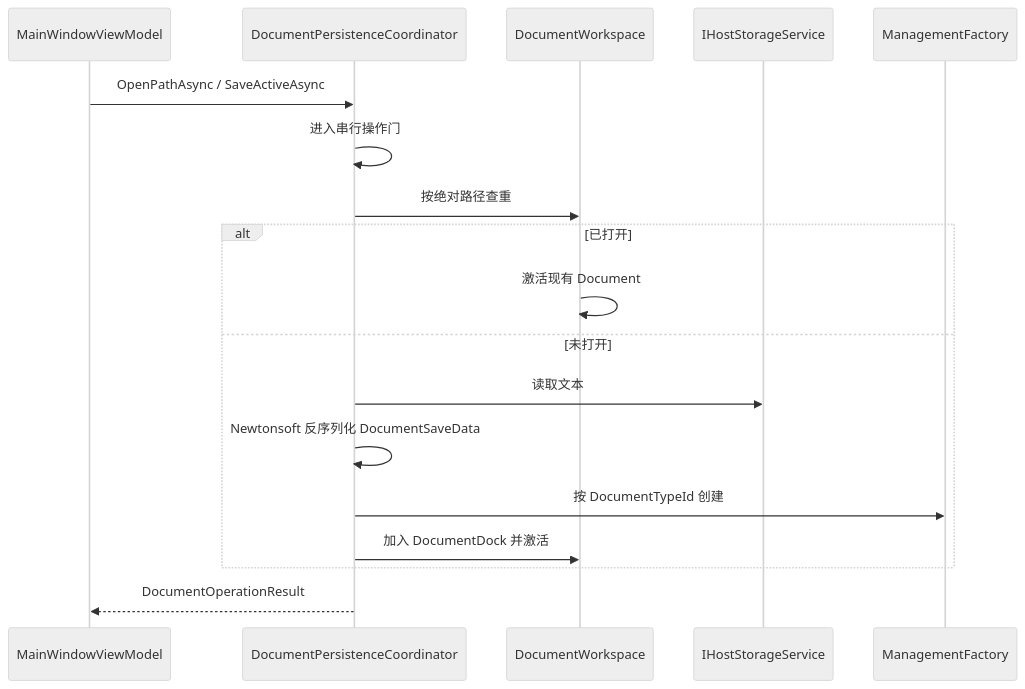
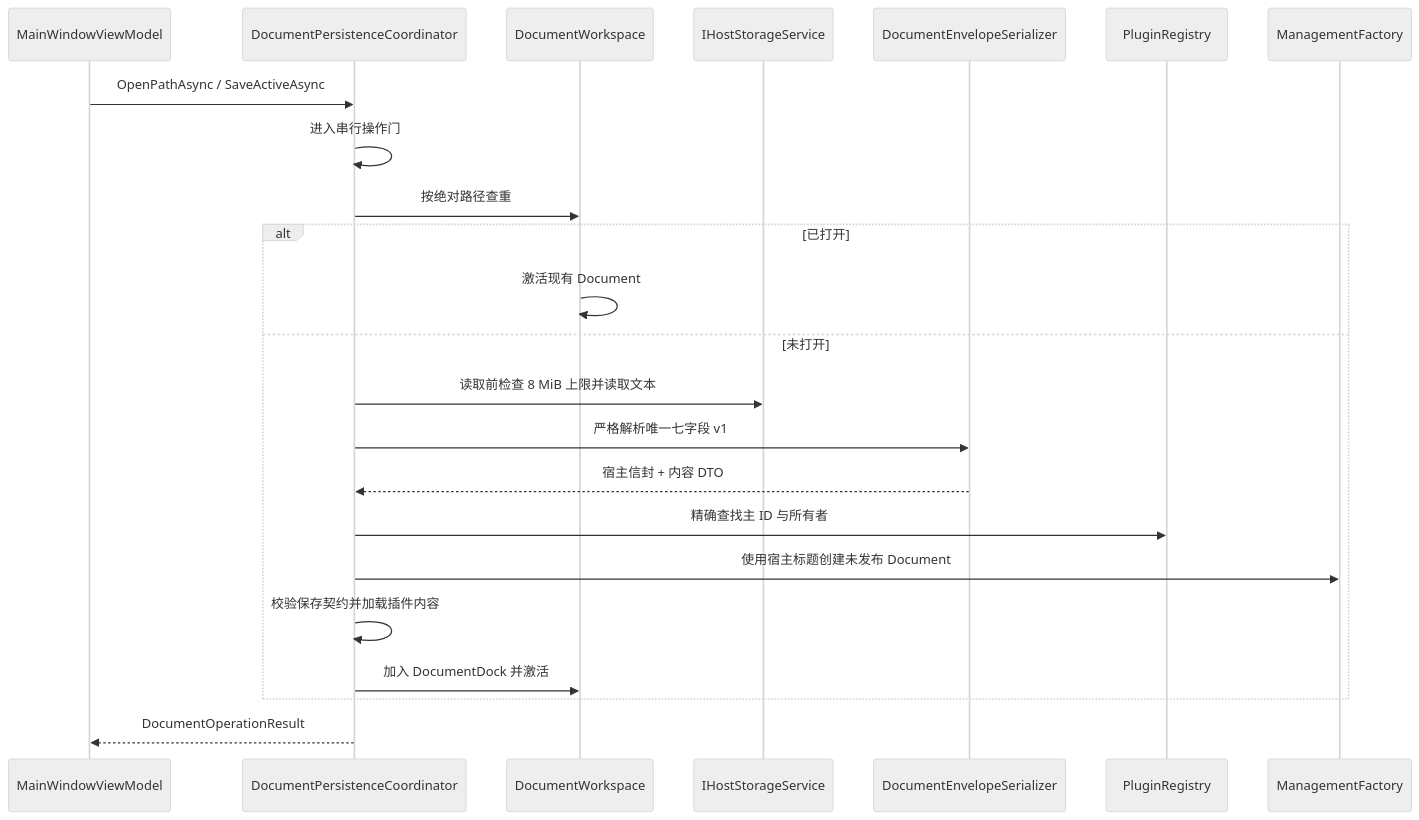
Before and after one commit to crownclowngx/avalonia_dock_simple_test: the second of 2 diagrams in Host/MyAvaloniaManagement/docs/design/architecture.md, drawn with Mermaid (neutral theme). The commit also changed other lines of this file and 42 other files, not shown here.

````diff
--- a/Host/MyAvaloniaManagement/docs/design/architecture.md
+++ b/Host/MyAvaloniaManagement/docs/design/architecture.md
@@ -157,21 +157,26 @@
 ```mermaid
 sequenceDiagram
     participant VM as MainWindowViewModel
     participant C as DocumentPersistenceCoordinator
     participant W as DocumentWorkspace
     participant S as IHostStorageService
+    participant E as DocumentEnvelopeSerializer
+    participant R as PluginRegistry
     participant F as ManagementFactory
 
     VM->>C: OpenPathAsync / SaveActiveAsync
     C->>C: 进入串行操作门
     C->>W: 按绝对路径查重
     alt 已打开
         W->>W: 激活现有 Document
     else 未打开
-        C->>S: 读取文本
-        C->>C: Newtonsoft 反序列化 DocumentSaveData
-        C->>F: 按 DocumentTypeId 创建
+        C->>S: 读取前检查 8 MiB 上限并读取文本
+        C->>E: 严格解析唯一七字段 v1
+        E-->>C: 宿主信封 + 内容 DTO
+        C->>R: 精确查找主 ID 与所有者
+        C->>F: 使用宿主标题创建未发布 Document
+        C->>C: 校验保存契约并加载插件内容
         C->>W: 加入 DocumentDock 并激活
     end
     C-->>VM: DocumentOperationResult
 ```
````
